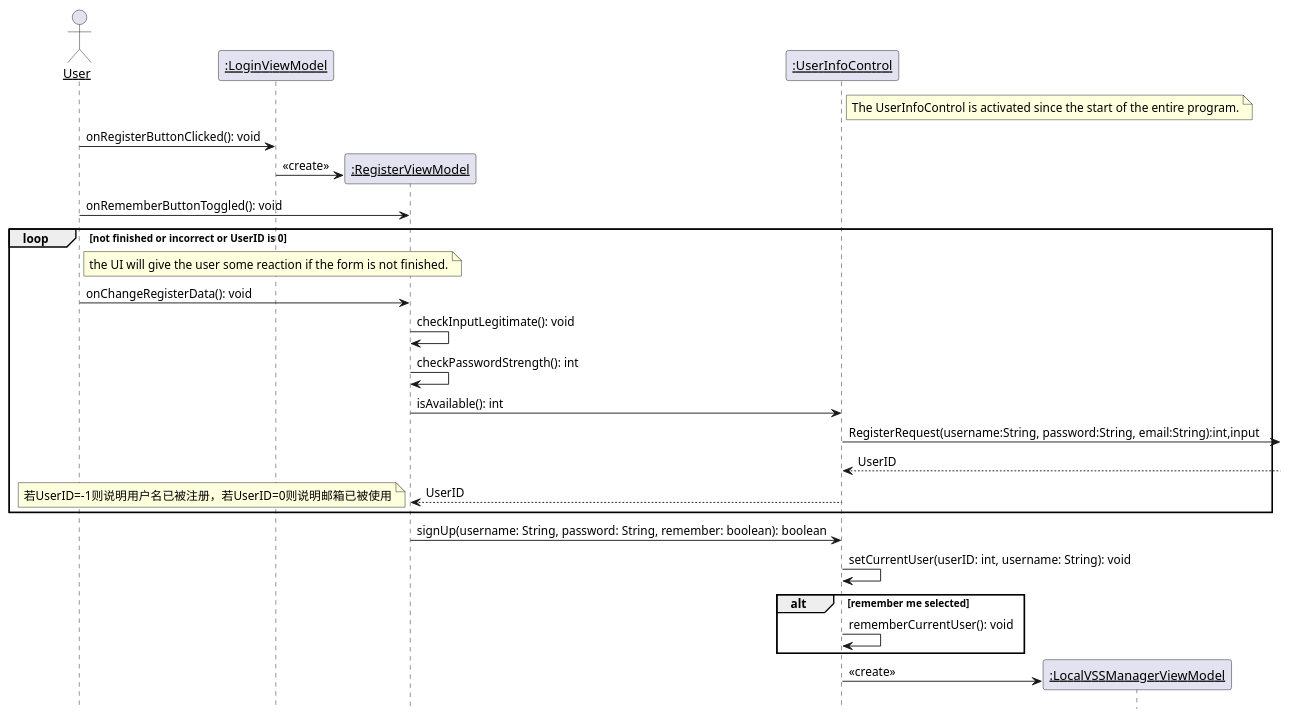
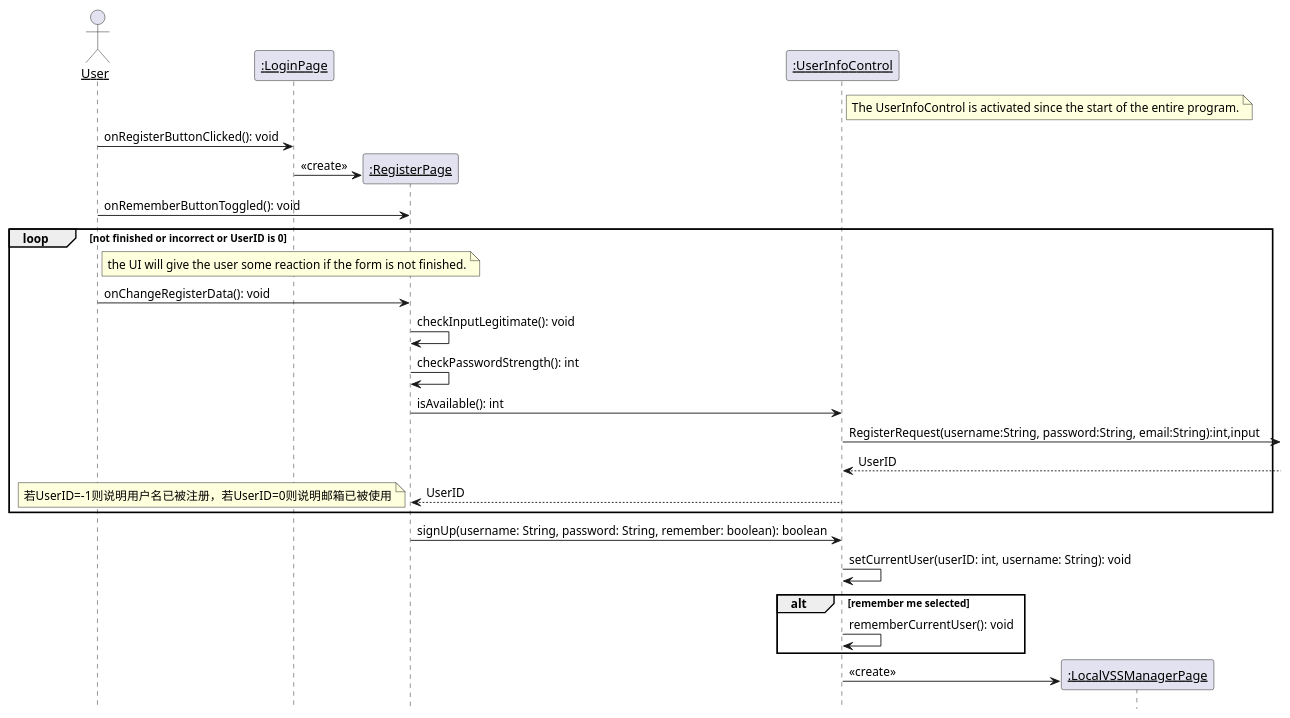
One commit to kpp19920121/doc changed the second of 39 diagrams in 设计/顺序图.md. Above: the diagram before and after it, drawn with PlantUML. The commit also changed other lines of this file and 1 other file, not shown here.

Commit message:
改进顺序图与类图一致

````diff
--- a/设计/顺序图.md
+++ b/设计/顺序图.md
@@ -29,43 +29,43 @@
 ```PlantUML
 @startuml Diagrams/Register
 hide footbox
 skinparam sequenceParticipant underline
 
 actor User as user
-participant ":LoginViewModel" as loginpage
-participant ":RegisterViewModel" as boundary
+participant ":LoginPage" as loginpage
+participant ":RegisterPage" as boundary
 participant ":UserInfoControl" as control
-participant ":LocalVSSManagerViewModel" as nextpage
+participant ":LocalVSSManagerPage" as nextpage
 
 note right of control: The UserInfoControl is activated since the start of the entire program.
 
 user -> loginpage: onRegisterButtonClicked(): void
 
 create boundary
 loginpage -> boundary: <<create>>
 
 user -> boundary: onRememberButtonToggled(): void
 loop not finished or incorrect or UserID is 0
     note right of user
         the UI will give the user some reaction if the form is not finished.
     end note
     user -> boundary: onChangeRegisterData(): void
     boundary -> boundary: checkInputLegitimate(): void
     boundary -> boundary: checkPasswordStrength(): int
     boundary -> control: isAvailable(): int
     control ->:RegisterRequest(username:String, password:String, email:String):int,input
     control <--:UserID
     control-->boundary:UserID
     note left:若UserID=-1则说明用户名已被注册，若UserID=0则说明邮箱已被使用
 end
 
 boundary -> control: signUp(username: String, password: String, remember: boolean): boolean
 
 control -> control: setCurrentUser(userID: int, username: String): void
 alt remember me selected
     control -> control: rememberCurrentUser(): void
 end
 create nextpage
 control -> nextpage: <<create>>
 @enduml
 ```
````
